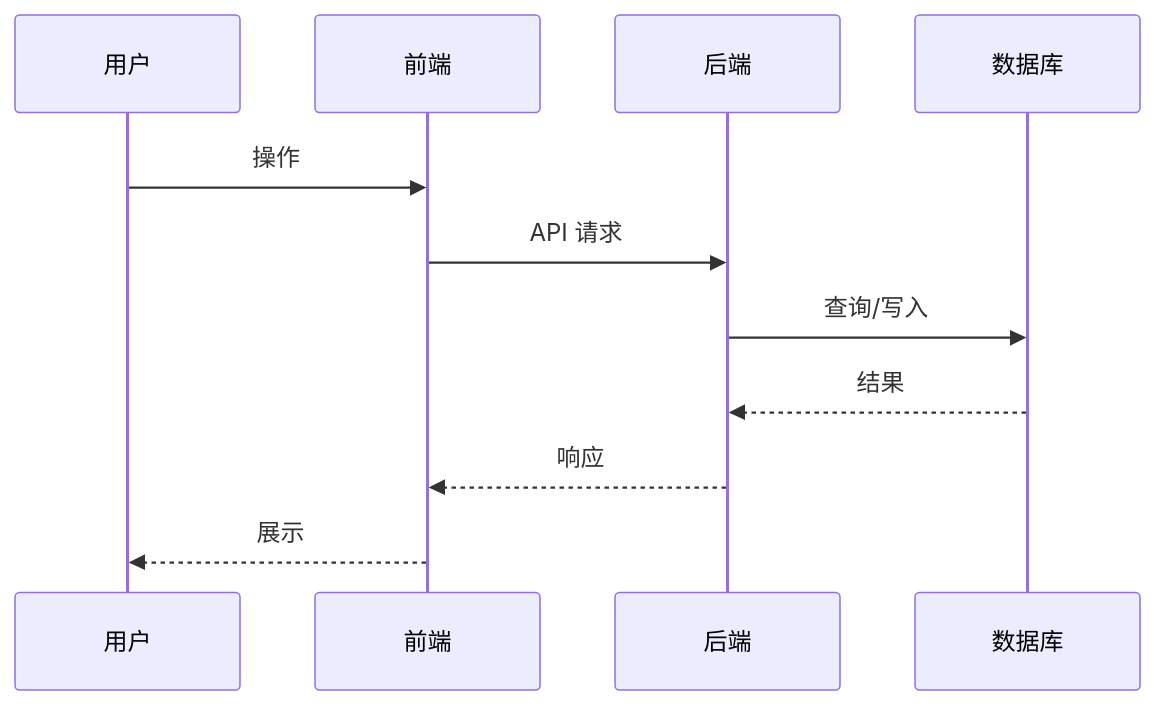
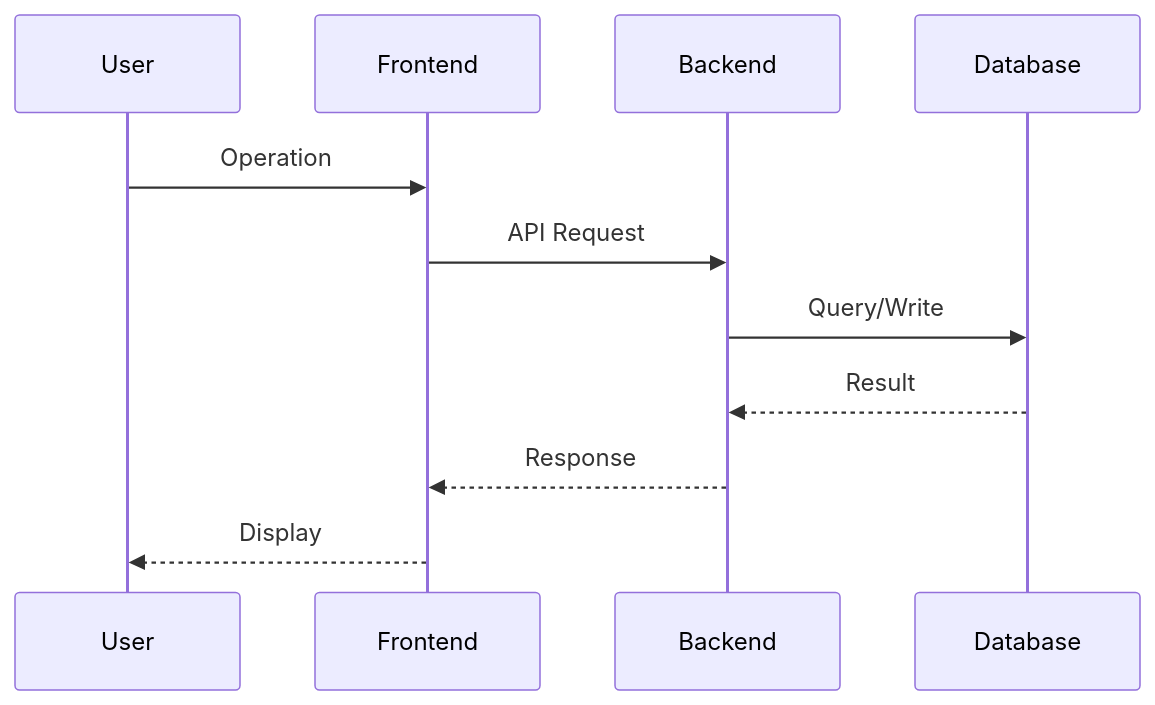
Before and after one commit to Deliay/zero-ash-cookbook: the third of 3 diagrams in reference/dev/dev-proposal-template.md, drawn with Mermaid. The commit also changed other lines of this file and 20 other files, not shown here.

````diff
--- a/reference/dev/dev-proposal-template.md
+++ b/reference/dev/dev-proposal-template.md
@@ -104,14 +104,14 @@
 ```mermaid
 sequenceDiagram
-    participant U as 用户
-    participant F as 前端
-    participant B as 后端
-    participant D as 数据库
+    participant U as User
+    participant F as Frontend
+    participant B as Backend
+    participant D as Database
 
-    U->>F: 操作
-    F->>B: API 请求
-    B->>D: 查询/写入
-    D-->>B: 结果
-    B-->>F: 响应
-    F-->>U: 展示
+    U->>F: Operation
+    F->>B: API Request
+    B->>D: Query/Write
+    D-->>B: Result
+    B-->>F: Response
+    F-->>U: Display
 ```
````
